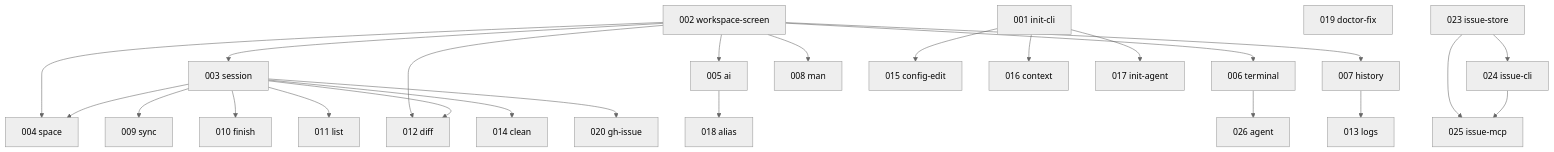
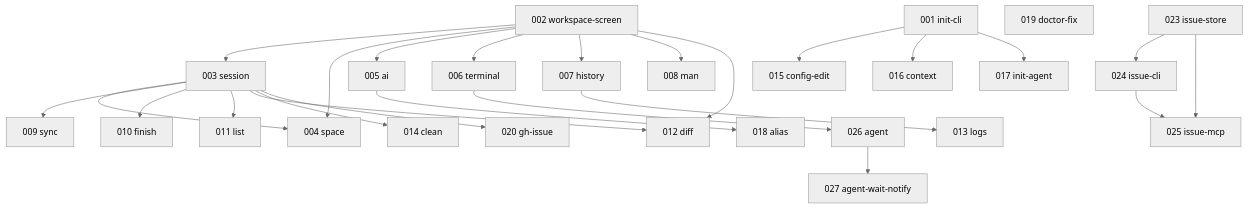
Before and after one commit to kkyosuke/usagi: the diagram in issues/README.md, drawn with Mermaid (neutral theme). The commit also changed other lines of this file and 17 other files, not shown here.

````diff
--- a/issues/README.md
+++ b/issues/README.md
@@ -45,32 +46,33 @@
 ```mermaid
 graph TD
     001[001 init-cli]
     002[002 workspace-screen]
     003[003 session]
     019[019 doctor-fix]
 
     002 --> 003
     002 --> 004[004 space]
     003 --> 004
     002 --> 005[005 ai]
     002 --> 006[006 terminal]
     006 --> 026[026 agent]
+    026 --> 027[027 agent-wait-notify]
     002 --> 007[007 history]
     002 --> 008[008 man]
     003 --> 009[009 sync]
     003 --> 010[010 finish]
     003 --> 011[011 list]
     002 --> 012[012 diff]
     003 --> 012
     007 --> 013[013 logs]
     003 --> 014[014 clean]
     001 --> 015[015 config-edit]
     001 --> 016[016 context]
     001 --> 017[017 init-agent]
     005 --> 018[018 alias]
     003 --> 020[020 gh-issue]
     023[023 issue-store]
     023 --> 024[024 issue-cli]
     023 --> 025[025 issue-mcp]
     024 --> 025
 ```
````
